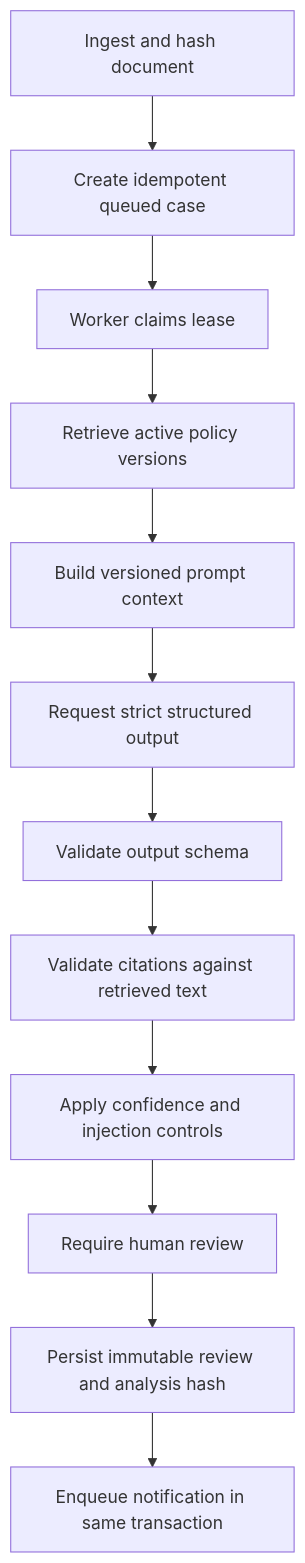
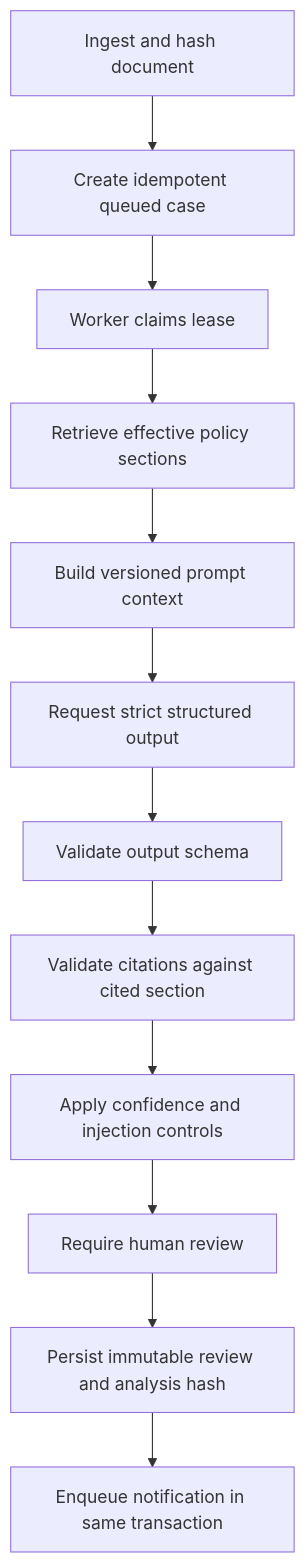
Before and after one commit to steven-moriasi/ai-compliance-agent: the second of 3 diagrams in docs/ARCHITECTURE.md, drawn with Mermaid. The commit also changed other lines of this file and 7 other files, not shown here.

````diff
--- a/docs/ARCHITECTURE.md
+++ b/docs/ARCHITECTURE.md
@@ -39,14 +39,14 @@
 ```mermaid
 flowchart TD
     Ingest[Ingest and hash document] --> Queue[Create idempotent queued case]
     Queue --> Claim[Worker claims lease]
-    Claim --> Retrieve[Retrieve active policy versions]
+    Claim --> Retrieve[Retrieve effective policy sections]
     Retrieve --> Prompt[Build versioned prompt context]
     Prompt --> Model[Request strict structured output]
     Model --> Schema[Validate output schema]
-    Schema --> Citations[Validate citations against retrieved text]
+    Schema --> Citations[Validate citations against cited section]
     Citations --> Signals[Apply confidence and injection controls]
     Signals --> Review[Require human review]
     Review --> Decision[Persist immutable review and analysis hash]
     Decision --> Outbox[Enqueue notification in same transaction]
 ```
````
